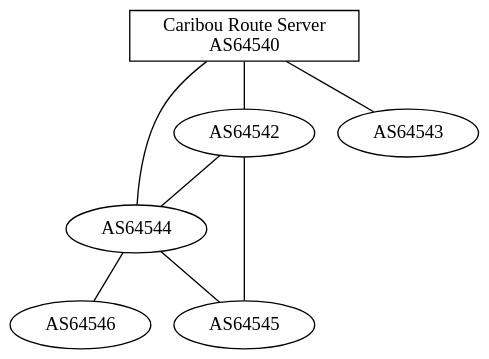
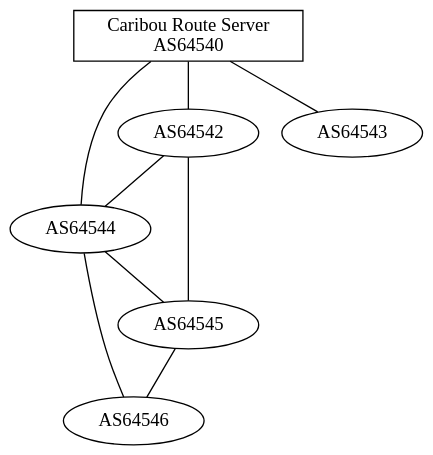
The diagram in as-graph.dot (GLaNET/resources), drawn with Graphviz before and after one commit.

Commit message:
Peering AS64545 - AS64546 --Thii line, and those below, will be ignored--
M    ressources/as-graph.dot

```diff
--- a/as-graph.dot
+++ b/as-graph.dot
@@ -1,16 +1,19 @@
 graph GLaNET
 {
         edge [len=2];
         graph [bgcolor=transparent]
 
         AS64540 [shape=box];
         AS64540 [label="Caribou Route Server\nAS64540"];
         AS64540 -- AS64542;
         AS64540 -- AS64544;
         AS64540 -- AS64543;
 
         AS64542 -- AS64544; // [label="1"];
         AS64542 -- AS64545;
-        AS64544 -- AS64545;
+
+	AS64544 -- AS64545;
         AS64544 -- AS64546;
+
+	AS64545 -- AS64546;
 }
```
